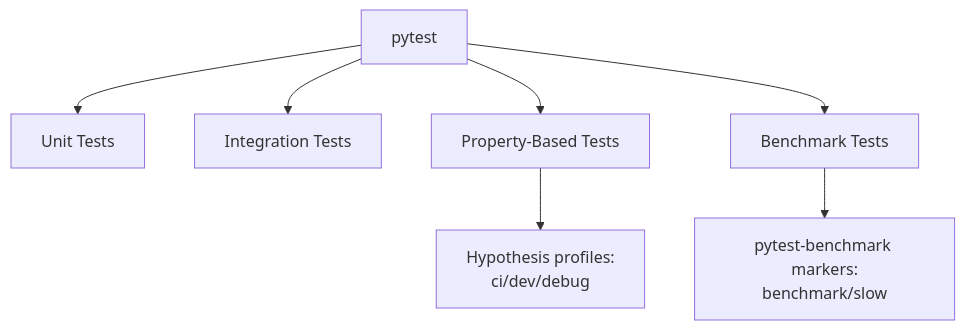
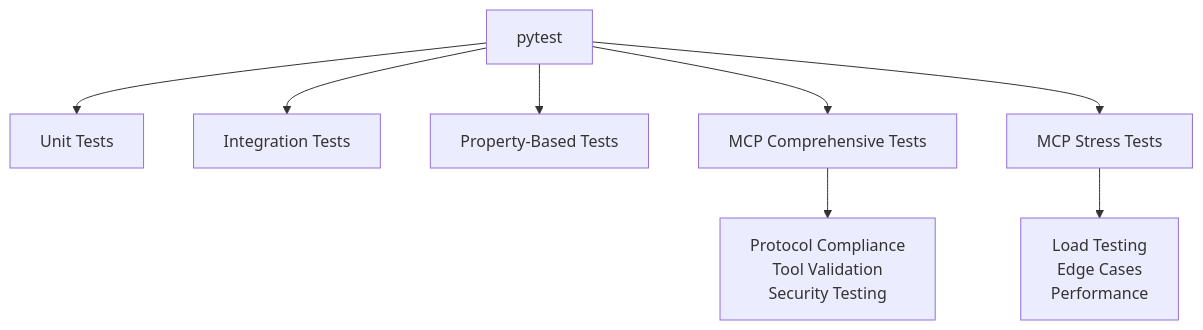
Before and after one commit to maemreyo/zmr-ctx-paker: the fourth of 5 diagrams in .qoder/repowiki/en/content/Development Guide.md, drawn with Mermaid. The commit also changed other lines of this file and 6 other files, not shown here.

First line of the commit message:
docs(mcp): add MCP performance optimization v3 plan and testing framework docs

````diff
--- a/.qoder/repowiki/en/content/Development Guide.md
+++ b/.qoder/repowiki/en/content/Development Guide.md
@@ -155,9 +463,10 @@
 ```mermaid
 flowchart TD
 A["pytest"] --> B["Unit Tests"]
 A --> C["Integration Tests"]
 A --> D["Property-Based Tests"]
-A --> E["Benchmark Tests"]
-D --> D1["Hypothesis profiles:<br/>ci/dev/debug"]
-E --> E1["pytest-benchmark markers:<br/>benchmark/slow"]
+A --> E["MCP Comprehensive Tests"]
+A --> F["MCP Stress Tests"]
+E --> E1["Protocol Compliance<br/>Tool Validation<br/>Security Testing"]
+F --> F1["Load Testing<br/>Edge Cases<br/>Performance"]
 ```
````
